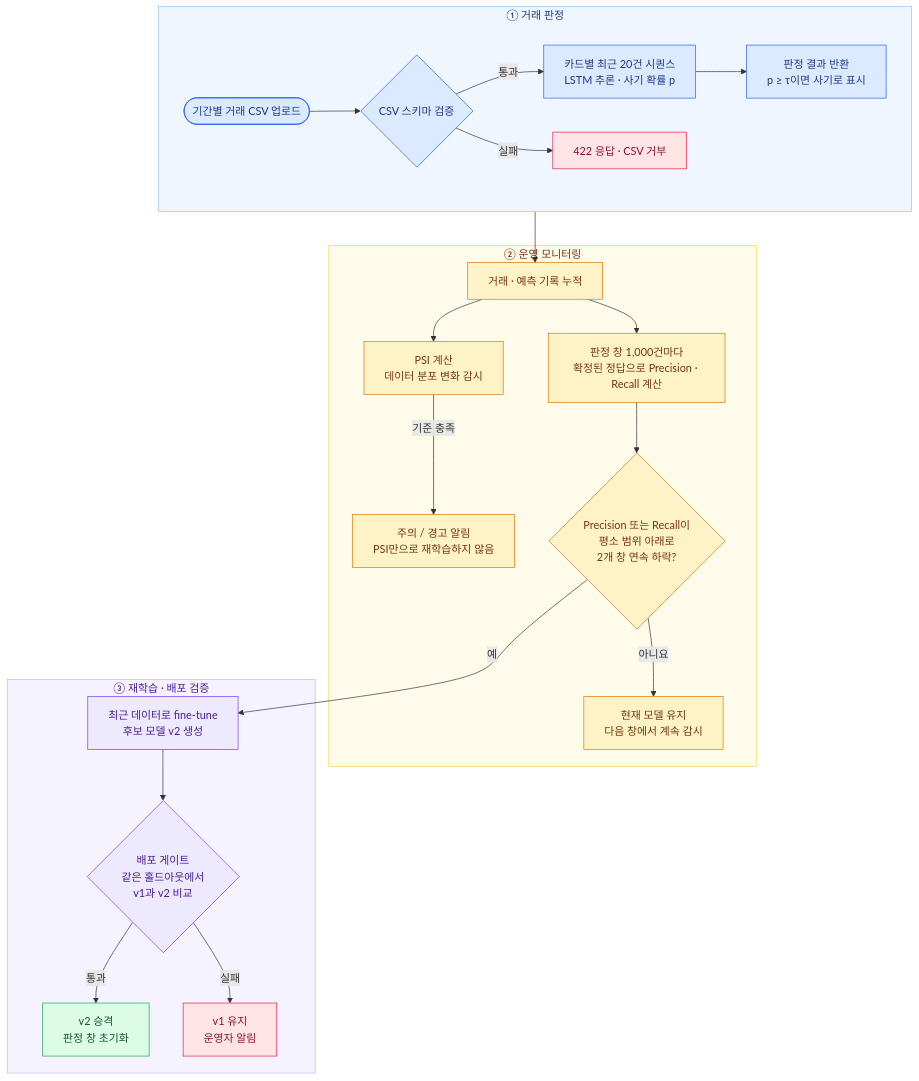
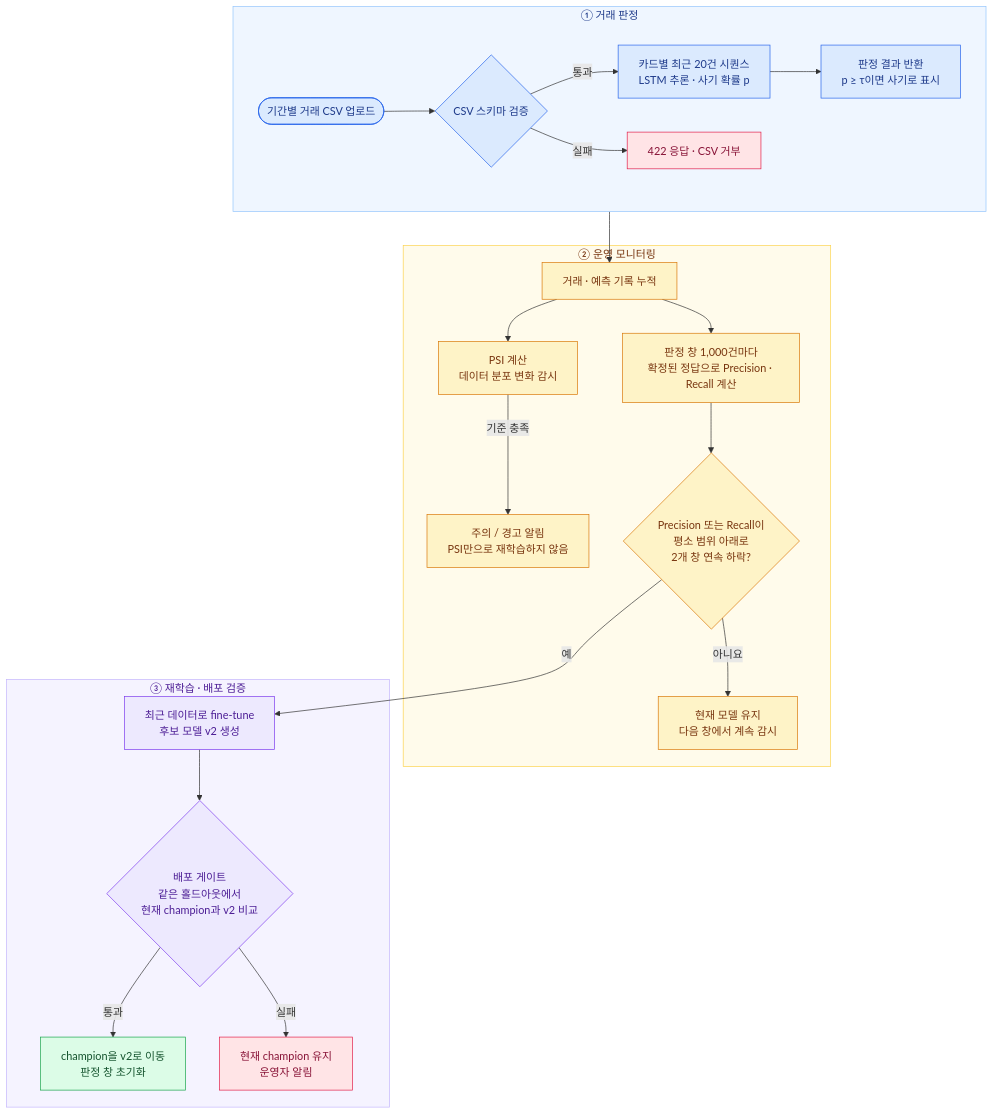
Before and after one commit to dodohy25n/ops: the diagram in docs/설계지표.md, drawn with Mermaid. The commit also changed other lines of this file and 6 other files, not shown here.

````diff
--- a/docs/설계지표.md
+++ b/docs/설계지표.md
@@ -19,45 +19,45 @@
 ```mermaid
 flowchart TB
     subgraph serving["① 거래 판정"]
         direction LR
         request(["기간별 거래 CSV 업로드"]) --> schema{"CSV 스키마 검증"}
         schema -->|통과| model["카드별 최근 20건 시퀀스<br/>LSTM 추론 · 사기 확률 p"]
         model --> response["판정 결과 반환<br/>p ≥ τ이면 사기로 표시"]
         schema -->|실패| reject["422 응답 · CSV 거부"]
     end
 
     subgraph monitoring["② 운영 모니터링"]
         records["거래 · 예측 기록 누적"]
         records --> psi["PSI 계산<br/>데이터 분포 변화 감시"]
         psi -->|기준 충족| alert["주의 / 경고 알림<br/>PSI만으로 재학습하지 않음"]
         records --> metrics["판정 창 1,000건마다<br/>확정된 정답으로 Precision · Recall 계산"]
         metrics --> drift{"Precision 또는 Recall이<br/>평소 범위 아래로<br/>2개 창 연속 하락?"}
         drift -->|아니요| watch["현재 모델 유지<br/>다음 창에서 계속 감시"]
     end
 
     subgraph retraining["③ 재학습 · 배포 검증"]
         train["최근 데이터로 fine-tune<br/>후보 모델 v2 생성"]
-        train --> gate{"배포 게이트<br/>같은 홀드아웃에서<br/>v1과 v2 비교"}
-        gate -->|통과| promote["v2 승격<br/>판정 창 초기화"]
-        gate -->|실패| keep["v1 유지<br/>운영자 알림"]
+        train --> gate{"배포 게이트<br/>같은 홀드아웃에서<br/>현재 champion과 v2 비교"}
+        gate -->|통과| promote["champion을 v2로 이동<br/>판정 창 초기화"]
+        gate -->|실패| keep["현재 champion 유지<br/>운영자 알림"]
     end
 
     response --> records
     drift -->|예| train
 
     classDef servingNode fill:#dbeafe,stroke:#2563eb,color:#1e3a8a
     classDef monitorNode fill:#fef3c7,stroke:#d97706,color:#78350f
     classDef trainNode fill:#ede9fe,stroke:#7c3aed,color:#4c1d95
     classDef successNode fill:#dcfce7,stroke:#16a34a,color:#14532d
     classDef stopNode fill:#ffe4e6,stroke:#e11d48,color:#881337
 
     class request,schema,model,response servingNode
     class records,psi,alert,metrics,drift,watch monitorNode
     class train,gate trainNode
     class promote successNode
     class reject,keep stopNode
 
     style serving fill:#eff6ff,stroke:#93c5fd,color:#1e3a8a
     style monitoring fill:#fffbeb,stroke:#fcd34d,color:#78350f
     style retraining fill:#f5f3ff,stroke:#c4b5fd,color:#4c1d95
 ```
````
